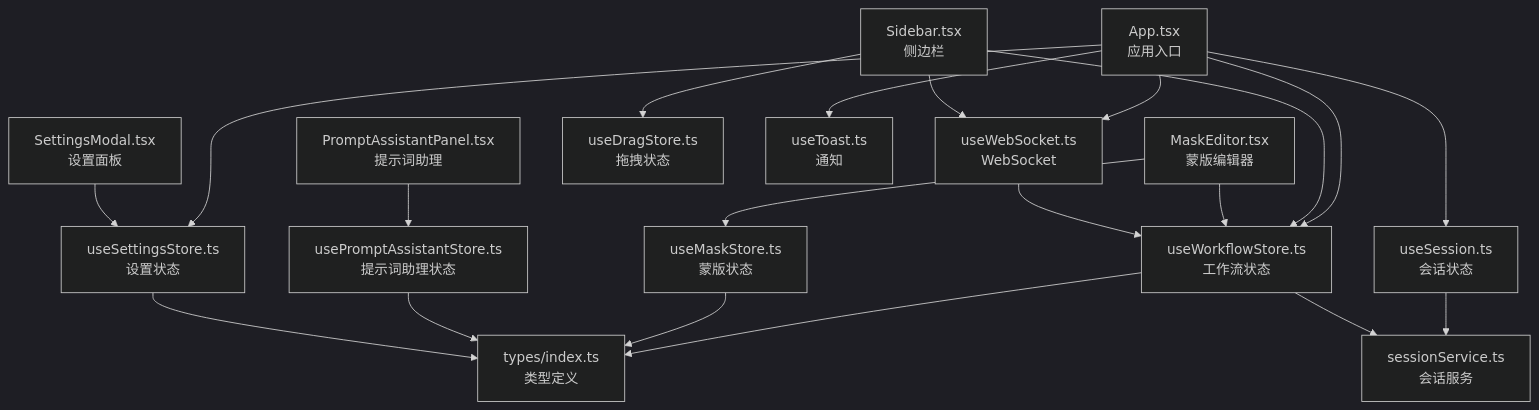
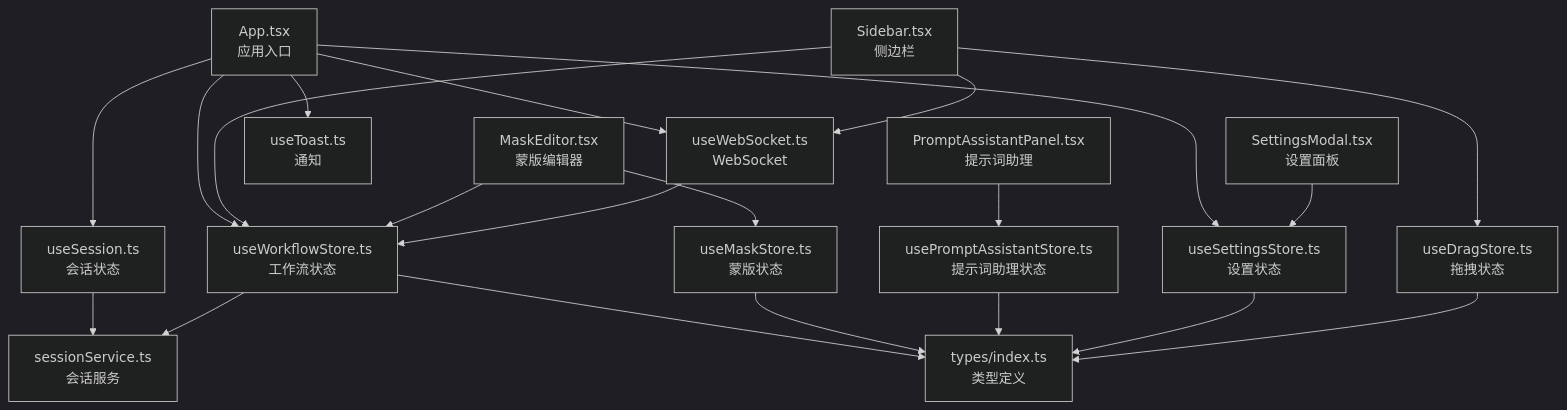
Before and after one commit to billye220670/CorineKit_Pix2Real: the second of 5 diagrams in .qoder/repowiki/zh/content/项目概述/技术架构概览/前端架构设计/状态管理系统.md, drawn with Mermaid (dark theme). The commit also changed other lines of this file and 54 other files, not shown here.

First line of the commit message:
feat: 模型下拉菜单元数据管理（缩略图+重命名）及session mask恢复优化

````diff
--- a/.qoder/repowiki/zh/content/项目概述/技术架构概览/前端架构设计/状态管理系统.md
+++ b/.qoder/repowiki/zh/content/项目概述/技术架构概览/前端架构设计/状态管理系统.md
@@ -103,37 +115,38 @@
 ```mermaid
 graph TB
 App["App.tsx<br/>应用入口"]
 Sidebar["Sidebar.tsx<br/>侧边栏"]
 MaskEditor["MaskEditor.tsx<br/>蒙版编辑器"]
 PromptPanel["PromptAssistantPanel.tsx<br/>提示词助理"]
 SettingsModal["SettingsModal.tsx<br/>设置面板"]
 WF["useWorkflowStore.ts<br/>工作流状态"]
 SES["useSession.ts<br/>会话状态"]
 SET["useSettingsStore.ts<br/>设置状态"]
 MAS["useMaskStore.ts<br/>蒙版状态"]
 PA["usePromptAssistantStore.ts<br/>提示词助理状态"]
 DRAG["useDragStore.ts<br/>拖拽状态"]
 TOAST["useToast.ts<br/>通知"]
 WS["useWebSocket.ts<br/>WebSocket"]
 API["sessionService.ts<br/>会话服务"]
 TYPES["types/index.ts<br/>类型定义"]
 App --> WF
 App --> SES
 App --> SET
 App --> WS
 App --> TOAST
 Sidebar --> WF
 Sidebar --> DRAG
 Sidebar --> WS
 MaskEditor --> MAS
 MaskEditor --> WF
 PromptPanel --> PA
 SettingsModal --> SET
 SES --> API
 WF --> API
 WS --> WF
 WF --> TYPES
 MAS --> TYPES
 PA --> TYPES
 SET --> TYPES
+DRAG --> TYPES
 ```
````
